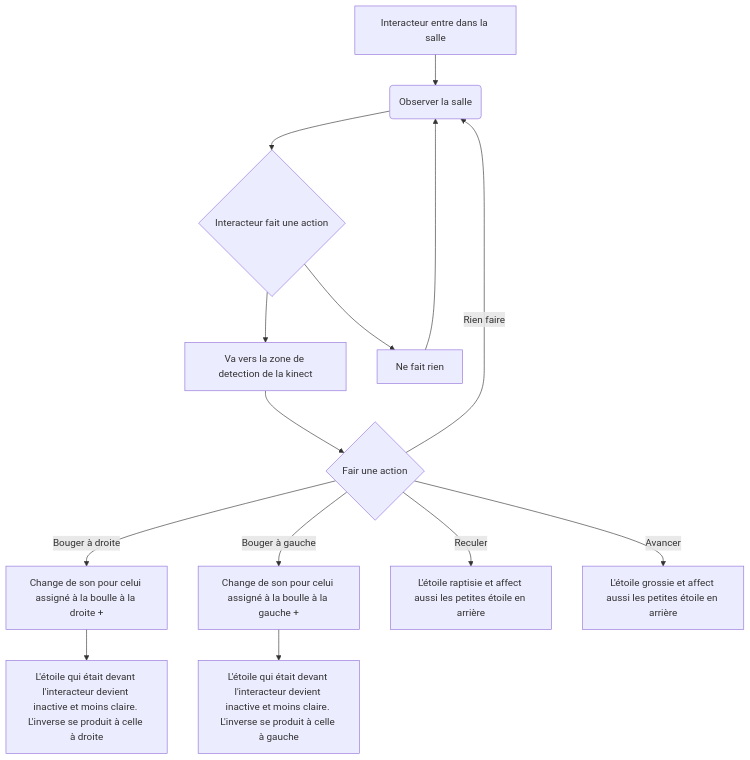
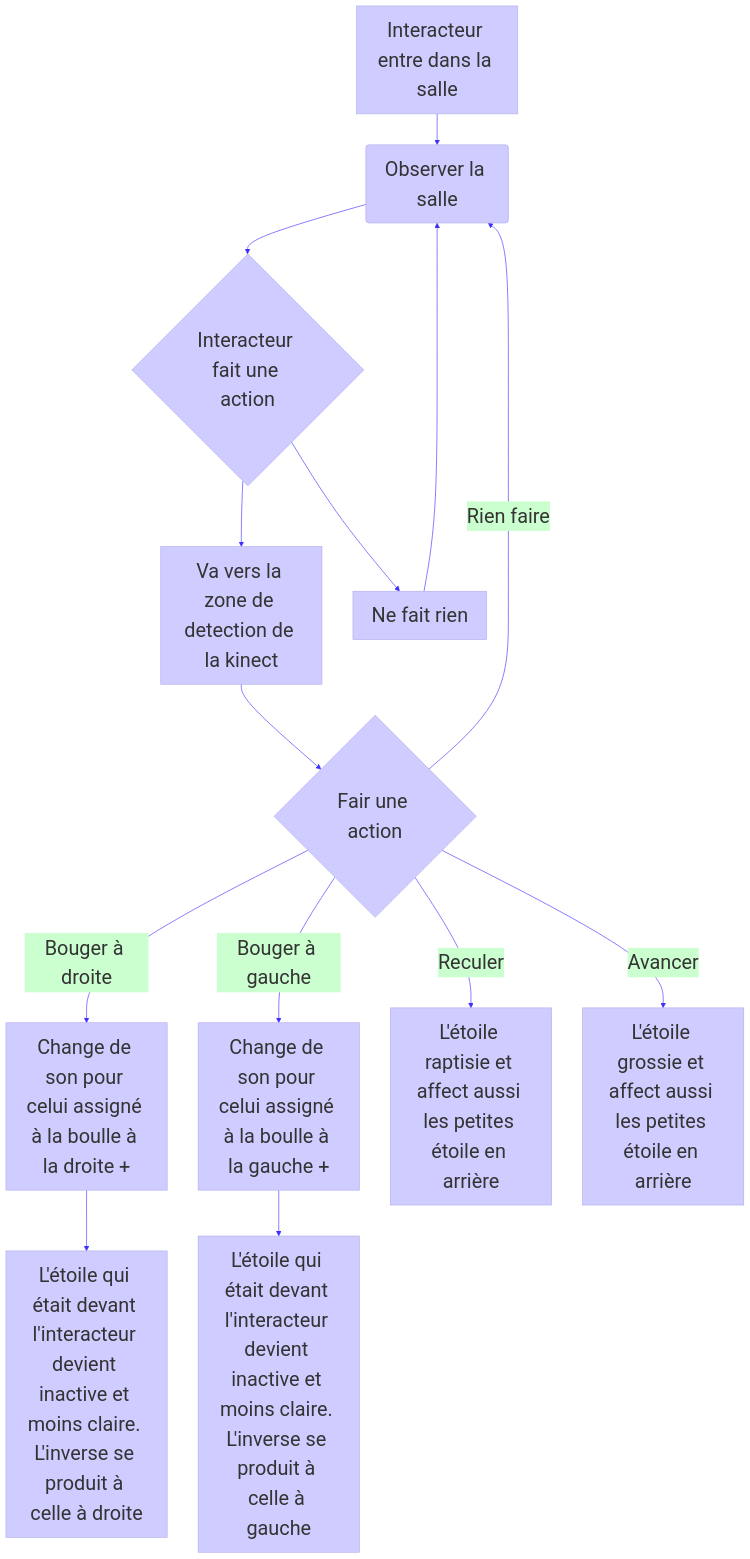
The diagram in README.md (victorgileau/piano_etoile_scenarisation_projet), drawn with Mermaid before and after one commit.

Commit message:
Update README.md-changer_stile-mermaid

````diff
--- a/README.md
+++ b/README.md
@@ -48,16 +48,19 @@
 ```mermaid
+%%{init: {'theme': 'base', 'themeVariables': { 'fontSize': '2em', 'primaryColor': '#cfccff'}}}%%
 flowchart TD
     A[Interacteur entre dans la salle] --> B(Observer la salle)
     B --> C{Interacteur fait une action}
     C --> D[Va vers la zone de detection de la kinect]
     C --> E[Ne fait rien]
     E --> B
     D --> F{Fair une action}
     F -->|Bouger à droite| G[Change de son pour celui assigné à la boulle à la droite + ]
     F -->|Bouger à gauche| H[Change de son pour celui assigné à la boulle à la gauche + ]
     F -->|Reculer| I[L'étoile raptisie et affect aussi les petites étoile en arrière]
     F -->|Avancer| J[L'étoile grossie et affect aussi les petites étoile en arrière]
     F -->|Rien faire| B
     G --> K[L'étoile qui était devant l'interacteur devient inactive et moins claire. L'inverse se produit à celle à droite]
     H --> L[L'étoile qui était devant l'interacteur devient inactive et moins claire. L'inverse se produit à celle à gauche]
+
+linkStyle default stroke:#3e30ff
 ```
````
